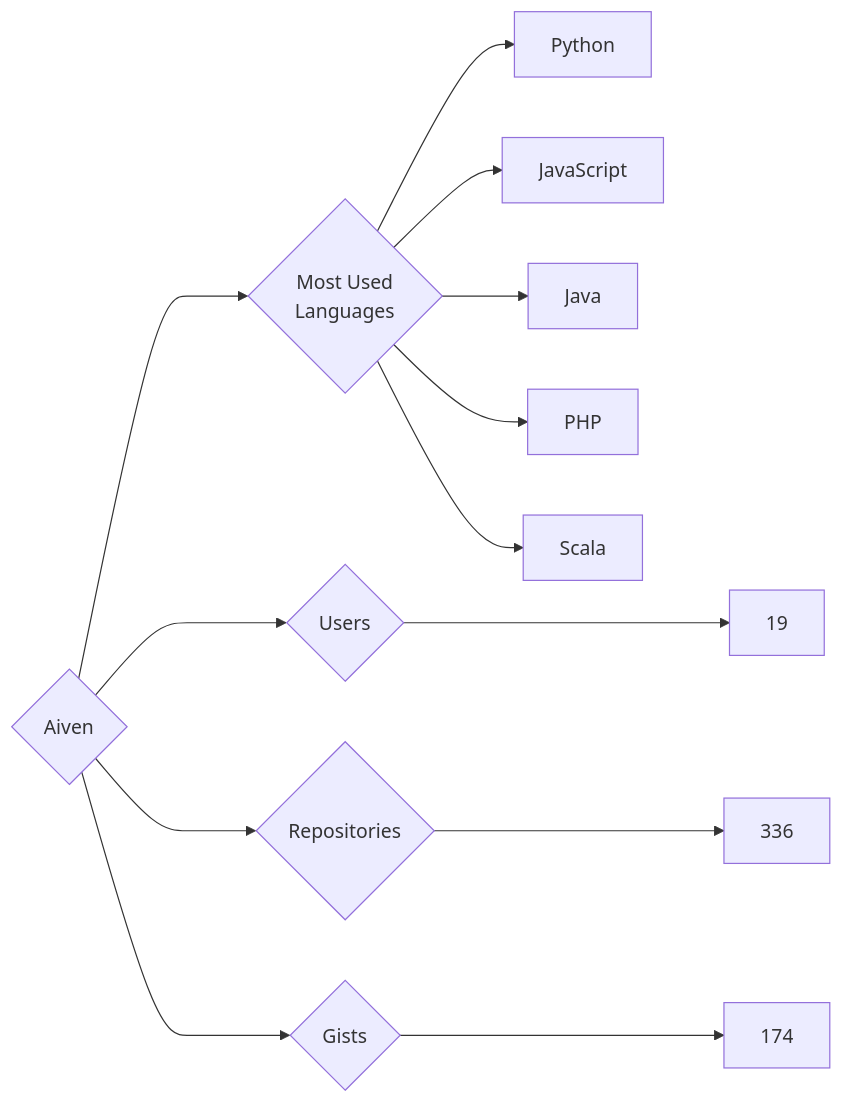
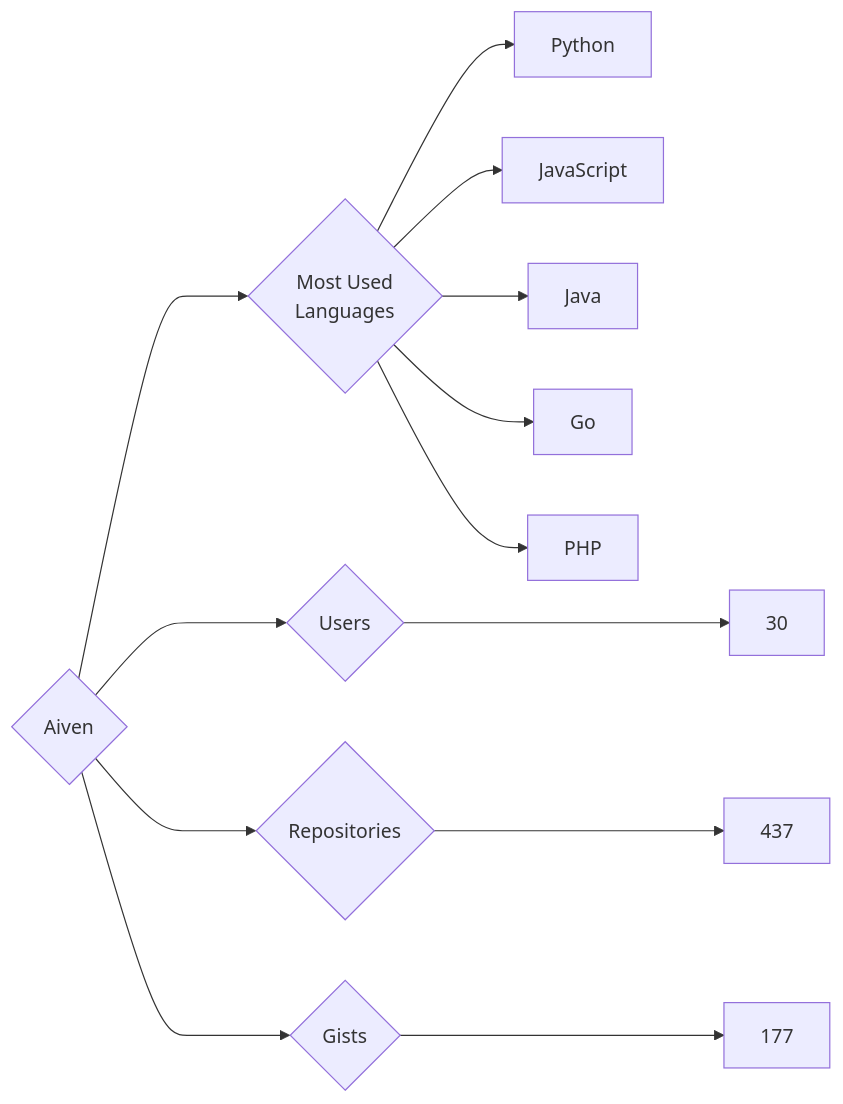
The diagram in targets/Aiven/README.md (trickest/insiders), drawn with Mermaid before and after one commit. The commit also changed 610 other files, not shown here.

````diff
--- a/targets/Aiven/README.md
+++ b/targets/Aiven/README.md
@@ -3,13 +3,13 @@
 ```mermaid
 graph LR
 COMPANY_NAME{Aiven}
-COMPANY_NAME ---> U{Users} ---> UN[19]
-COMPANY_NAME ---> R{Repositories} ---> RN[336]
-COMPANY_NAME ---> G{Gists} ---> GN[174]
+COMPANY_NAME ---> U{Users} ---> UN[30]
+COMPANY_NAME ---> R{Repositories} ---> RN[437]
+COMPANY_NAME ---> G{Gists} ---> GN[177]
 COMPANY_NAME ---> ML{Most Used<br>Languages}
 ML --> Python[Python]
 ML --> JavaScript[JavaScript]
 ML --> Java[Java]
+ML --> Go[Go]
 ML --> PHP[PHP]
-ML --> Scala[Scala]
 ```
````
